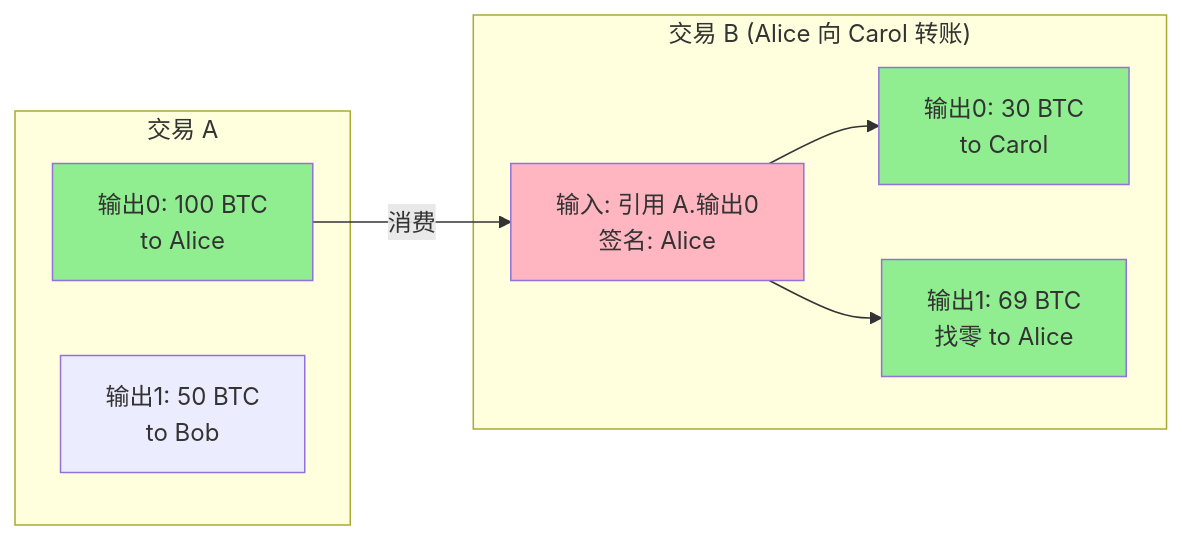
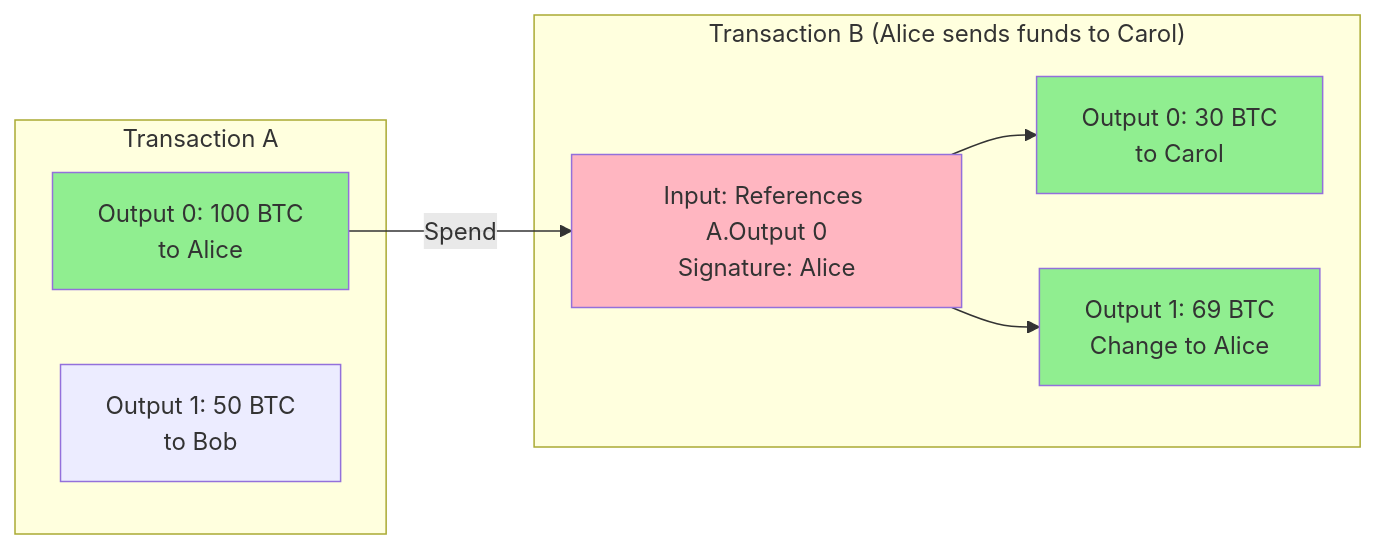
One commit to stefanSuYiGuo/bitcoin-simplifier changed the third of 8 diagrams in docs/TECH_DESIGN.md. Above: the diagram before and after it, drawn with Mermaid. The commit also changed other lines of this file, not shown here.

Commit message:
Detail the system architecture and component interactions

````diff
--- a/docs/TECH_DESIGN.md
+++ b/docs/TECH_DESIGN.md
@@ -190,22 +190,22 @@
 ```mermaid
 graph LR
-    subgraph "交易 A"
-        A1[输出0: 100 BTC<br/>to Alice]
-        A2[输出1: 50 BTC<br/>to Bob]
+    subgraph "Transaction A"
+        A1[Output 0: 100 BTC<br/>to Alice]
+        A2[Output 1: 50 BTC<br/>to Bob]
     end
     
-    subgraph "交易 B (Alice 向 Carol 转账)"
-        B_IN1[输入: 引用 A.输出0<br/>签名: Alice]
-        B_OUT1[输出0: 30 BTC<br/>to Carol]
-        B_OUT2[输出1: 69 BTC<br/>找零 to Alice]
+    subgraph "Transaction B (Alice sends funds to Carol)"
+        B_IN1[Input: References A.Output 0<br/>Signature: Alice]
+        B_OUT1[Output 0: 30 BTC<br/>to Carol]
+        B_OUT2[Output 1: 69 BTC<br/>Change to Alice]
     end
     
-    A1 -->|消费| B_IN1
+    A1 -->|Spend| B_IN1
     B_IN1 --> B_OUT1
     B_IN1 --> B_OUT2
     
     style A1 fill:#90EE90
     style B_IN1 fill:#FFB6C1
     style B_OUT1 fill:#90EE90
     style B_OUT2 fill:#90EE90
 ```
````
